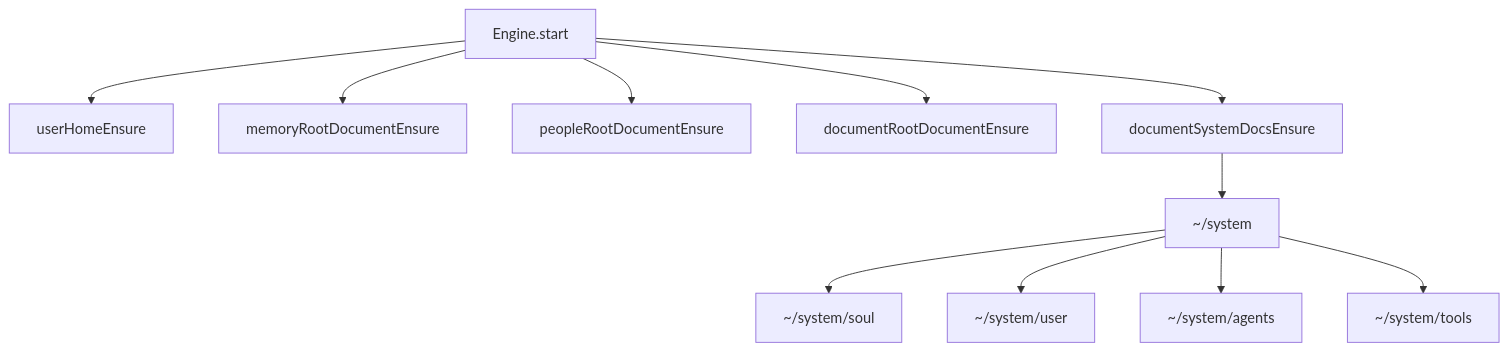
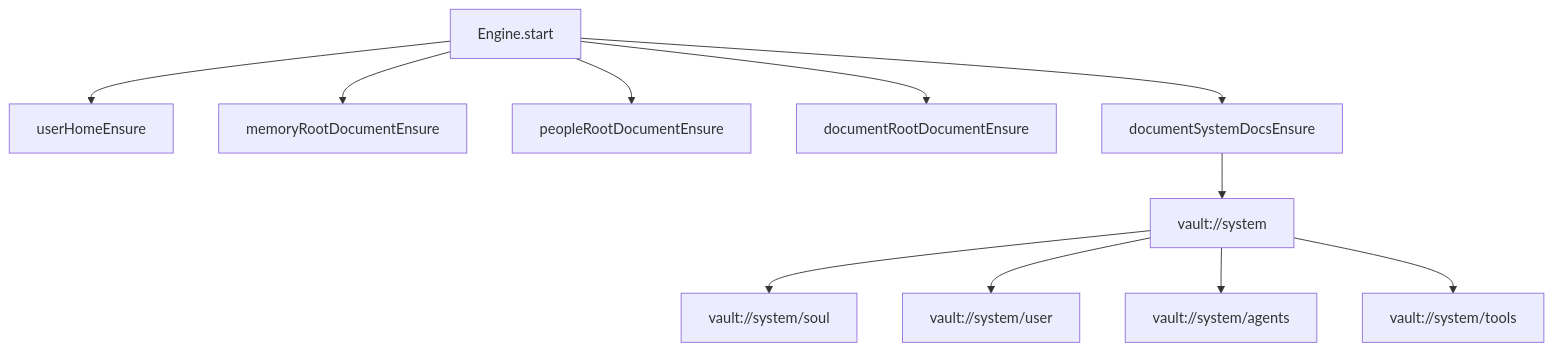
Before and after one commit to ex3ndr/daycare: the first of 3 diagrams in doc/20260306-system-doc-store-migration.md, drawn with Mermaid. The commit also changed other lines of this file and 112 other files, not shown here.

````diff
--- a/doc/20260306-system-doc-store-migration.md
+++ b/doc/20260306-system-doc-store-migration.md
@@ -18,13 +18,13 @@
 ```mermaid
 flowchart TD
     A[Engine.start] --> B[userHomeEnsure]
     A --> C[memoryRootDocumentEnsure]
     A --> D[peopleRootDocumentEnsure]
     A --> E[documentRootDocumentEnsure]
     A --> F[documentSystemDocsEnsure]
-    F --> G[~/system]
-    G --> H[~/system/soul]
-    G --> I[~/system/user]
-    G --> J[~/system/agents]
-    G --> K[~/system/tools]
+    F --> G[vault://system]
+    G --> H[vault://system/soul]
+    G --> I[vault://system/user]
+    G --> J[vault://system/agents]
+    G --> K[vault://system/tools]
 ```
````
